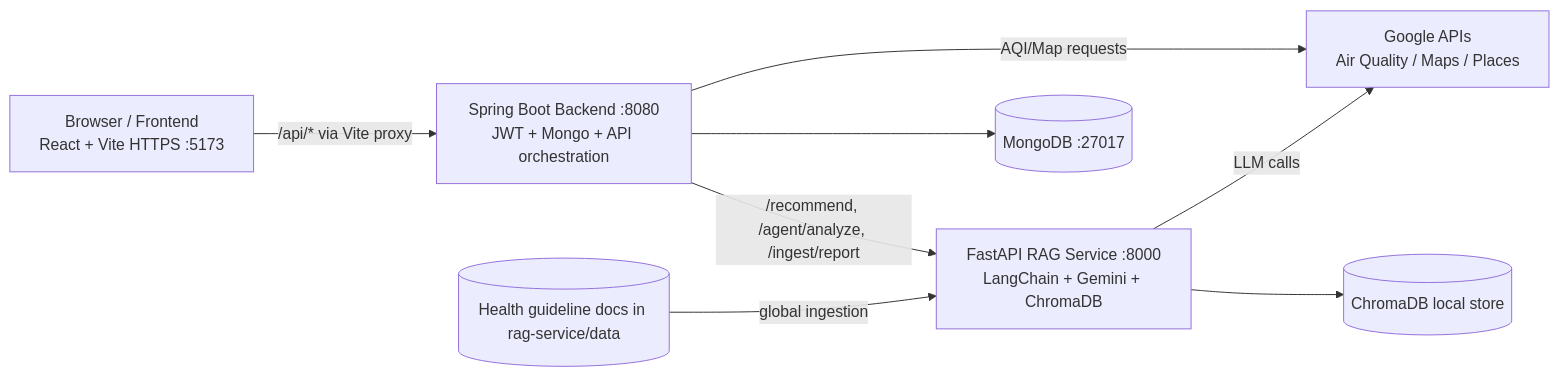
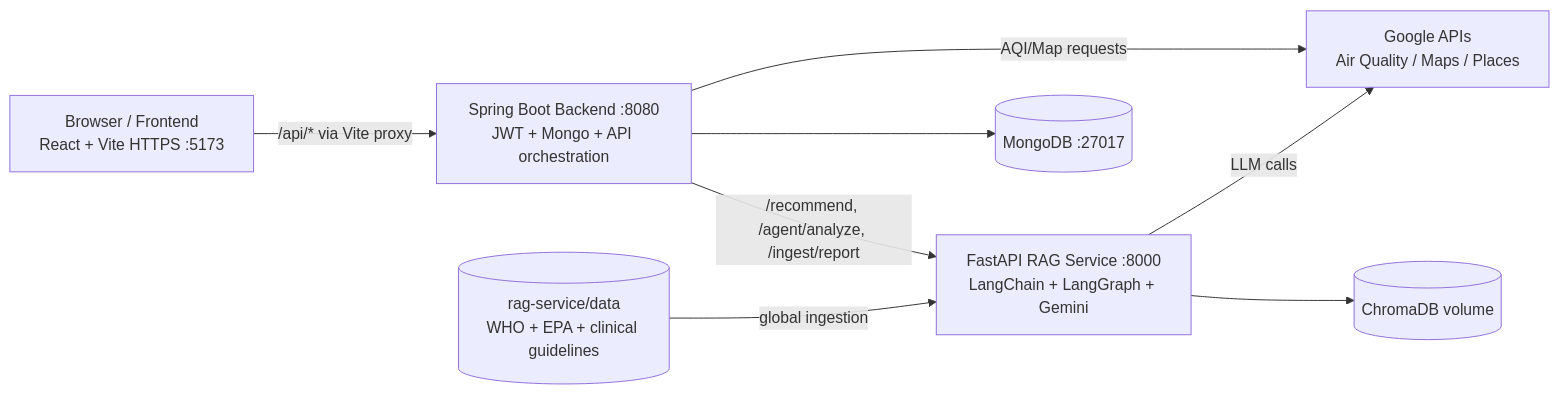
Before and after one commit to Sree-45/BreatheSmart: the diagram in README.md, drawn with Mermaid. The commit also changed other lines of this file and 34 other files, not shown here.

````diff
--- a/README.md
+++ b/README.md
@@ -40,18 +51,18 @@
 ```mermaid
 flowchart LR
-	 U[Browser / Frontend\nReact + Vite HTTPS :5173]
-	 B[Spring Boot Backend :8080\nJWT + Mongo + API orchestration]
-	 G[Google APIs\nAir Quality / Maps / Places]
-	 R[FastAPI RAG Service :8000\nLangChain + Gemini + ChromaDB]
-	 M[(MongoDB :27017)]
-	 C[(ChromaDB local store)]
-	 D[(Health guideline docs in rag-service/data)]
+     U[Browser / Frontend\nReact + Vite HTTPS :5173]
+     B[Spring Boot Backend :8080\nJWT + Mongo + API orchestration]
+     G[Google APIs\nAir Quality / Maps / Places]
+     R[FastAPI RAG Service :8000\nLangChain + LangGraph + Gemini]
+     M[(MongoDB :27017)]
+     C[(ChromaDB volume)]
+     D[(rag-service/data\nWHO + EPA + clinical guidelines)]
 
-	 U -->|/api/* via Vite proxy| B
-	 B --> M
-	 B -->|AQI/Map requests| G
-	 B -->|/recommend, /agent/analyze, /ingest/report| R
-	 R -->|LLM calls| G
-	 R --> C
-	 D -->|global ingestion| R
+     U -->|/api/* via Vite proxy| B
+     B --> M
+     B -->|AQI/Map requests| G
+     B -->|/recommend, /agent/analyze, /ingest/report| R
+     R -->|LLM calls| G
+     R --> C
+     D -->|global ingestion| R
 ```
````
